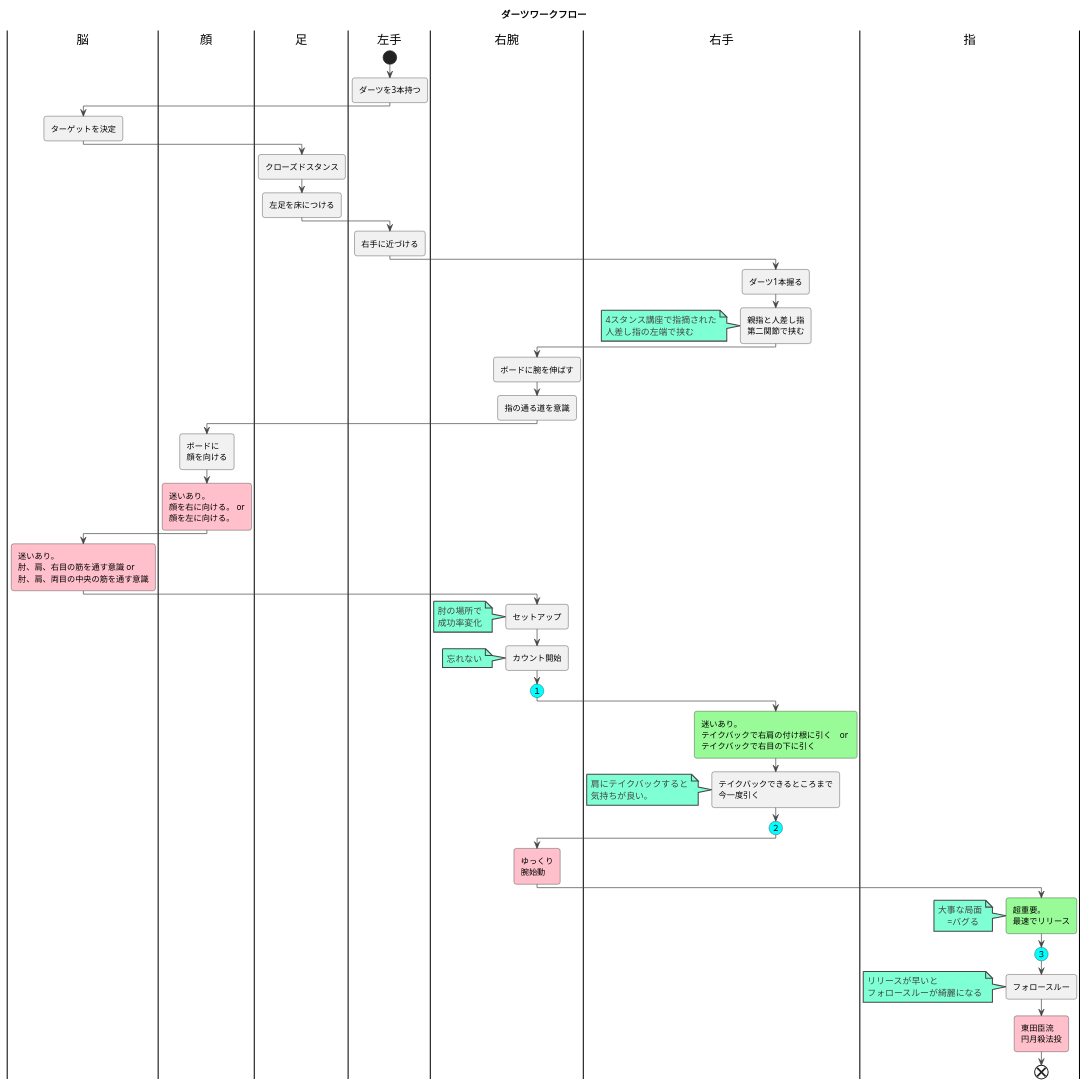
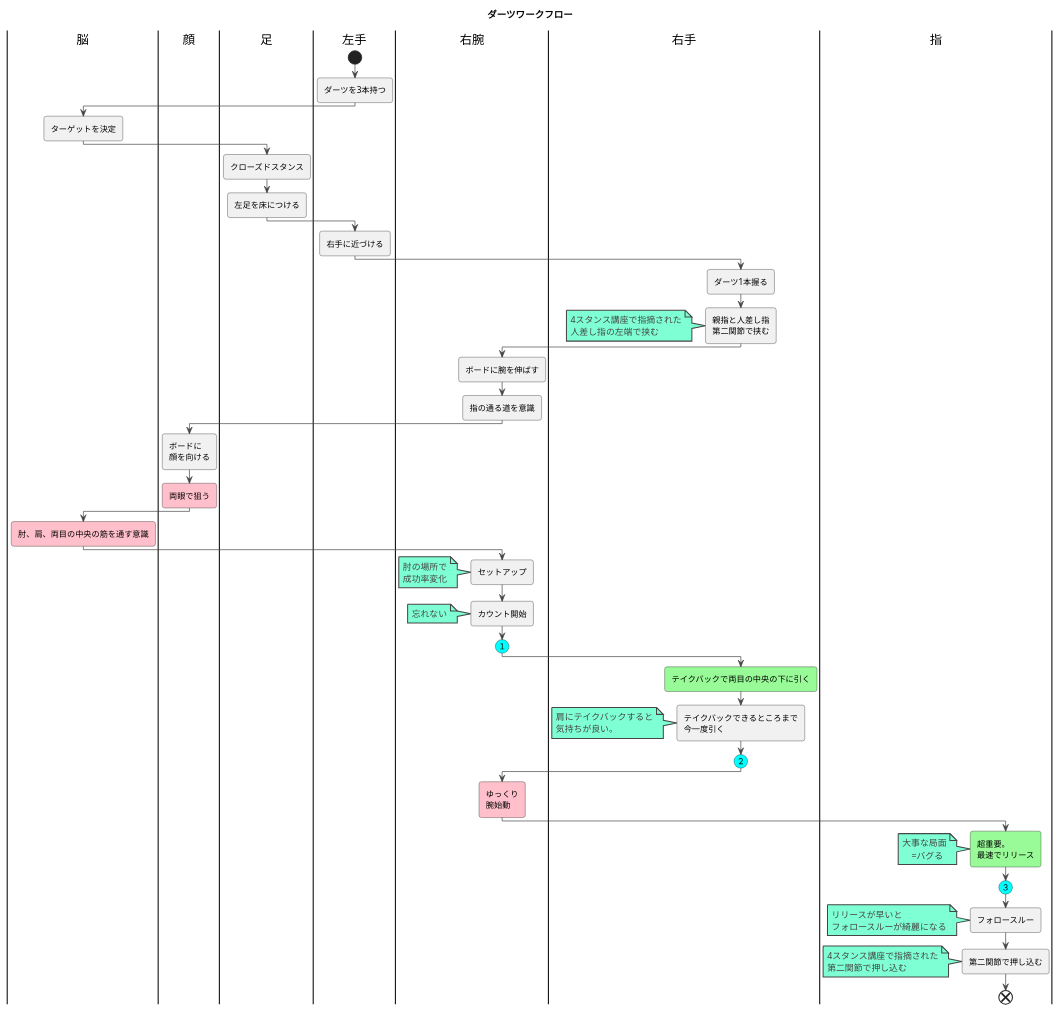
The diagram in dartsFlow.plantuml (darts-cloud/dartsFlow), drawn with PlantUML before and after one commit.

Commit message:
Update dartsFlow.plantuml
4スタンス理論講習会で言われたことをコミット

```diff
--- a/dartsFlow.plantuml
+++ b/dartsFlow.plantuml
@@ -1,133 +1,130 @@
 @startuml
 title ダーツワークフロー
 
 
 
 !theme vibrant
 
 |脳|
 |顔|
 |足|
 |左手|
 |右腕|
 |左手|
 start
 :ダーツを3本持つ;
 |脳|
 :ターゲットを決定;
 |足|
 :クローズドスタンス;
 :左足を床につける;
 /'
 ################
 ##pink:左足を右足よりも
 #後ろに下げる;
 ################
 '/
 
 |左手|
 :右手に近づける;
 |右手|
 :ダーツ1本握る;
 :親指と人差し指
 第二関節で挟む;
 note
   4スタンス講座で指摘された
   人差し指の左端で挟む
 end note
 
 |右腕|
 :ボードに腕を伸ばす;
 
 /'
 ################
 ##pink:腕を一番右側
 #まで伸ばす;
 ################
 '/
 :指の通る道を意識;
 |顔|
 :ボードに
 顔を向ける;
-#pink:迷いあり。
-顔を右に向ける。 or
-顔を左に向ける。 ;
+#pink:両眼で狙う;
 |脳|
-#pink:迷いあり。
-肘、肩、右目の筋を通す意識 or
-肘、肩、両目の中央の筋を通す意識;
+#pink:肘、肩、両目の中央の筋を通す意識;
 |右腕|
 :セットアップ;
 /'
 ################
 ':60°ぐらいに構える;
 ################
 '/
 note
 肘の場所で
 成功率変化
 end note
 
 |右腕|
 :カウント開始;
 
 note
     忘れない
 end note
 
 
 #Aqua:(１)
 
 |右手|
 
-#palegreen:迷いあり。
-テイクバックで右肩の付け根に引く　or 
-テイクバックで右目の下に引く;
+#palegreen:テイクバックで両目の中央の下に引く;
 
 :テイクバックできるところまで
 今一度引く;
 
 note
     肩にテイクバックすると
     気持ちが良い。
 end note
 
 #Aqua:(２)
 
 /'
 #pink:肘固定意識;
 note
     固定が甘い
     →飛ばない
 end note
 #pink:肘の裏側意識;
 note
     指の道が
     肘の左側
 end note
 '/
 
 |右腕|
 #pink:ゆっくり
 腕始動;
 |指|
 #palegreen:超重要。
 最速でリリース;
 note
     大事な局面
         =バグる 
 end note
 
 #Aqua:(３)
 
 
 :フォロースルー;
-
 note
   リリースが早いと
   フォロースルーが綺麗になる
 end note
-#pink:東田臣流
-円月殺法投;
+
+:第二関節で押し込む;
+note
+  4スタンス講座で指摘された
+  第二関節で押し込む
+end note
 end
 @enduml
```
